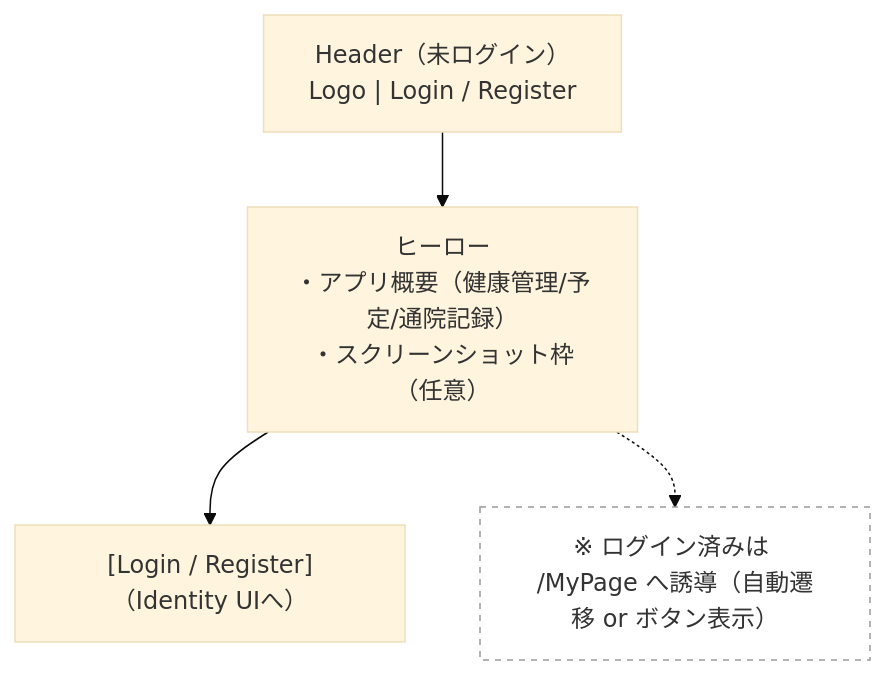
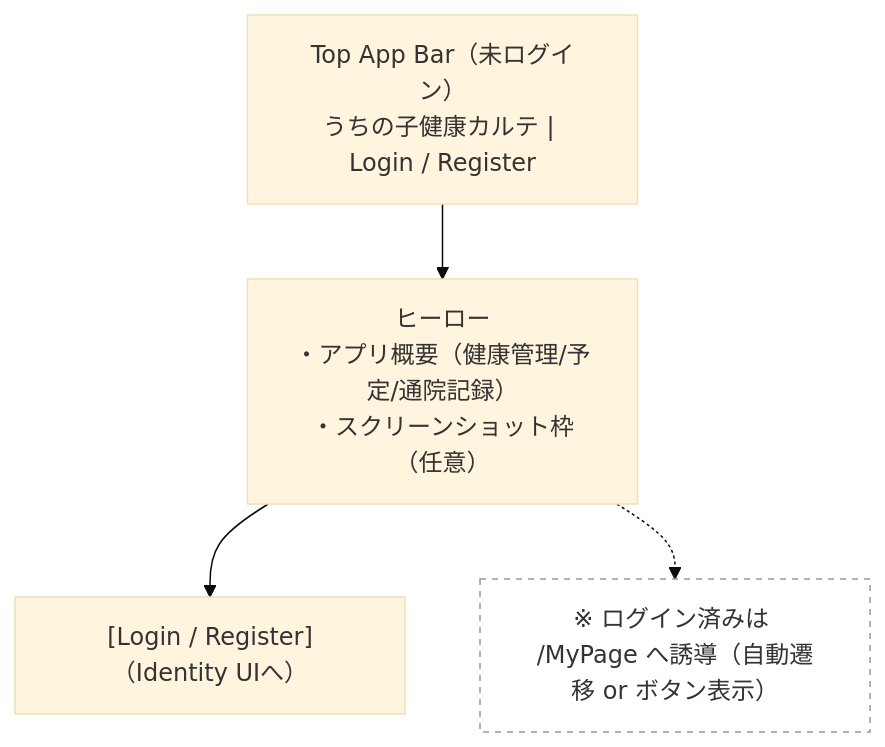
One commit to Cat5Dog2/PetHealthManagement changed the second of 23 diagrams in docs/ui-wireframe.md. Above: the diagram before and after it, drawn with Mermaid (base theme). The commit also changed other lines of this file and 9 other files, not shown here.

````diff
--- a/docs/ui-wireframe.md
+++ b/docs/ui-wireframe.md
@@ -25,12 +30,12 @@
 ```mermaid
 flowchart TB
-  Header["Header（未ログイン）<br/>Logo | Login / Register"]
+  Header["Top App Bar（未ログイン）<br/>うちの子健康カルテ | Login / Register"]
   Hero["ヒーロー<br/>・アプリ概要（健康管理/予定/通院記録）<br/>・スクリーンショット枠（任意）"]
   CTA["[Login / Register]（Identity UIへ）"]
   Note["※ ログイン済みは /MyPage へ誘導（自動遷移 or ボタン表示）"]:::note
 
   Header --> Hero --> CTA
   Hero -.-> Note
 
   classDef note fill:#fff,stroke:#999,stroke-dasharray: 4 4,color:#333;
 ```
````
